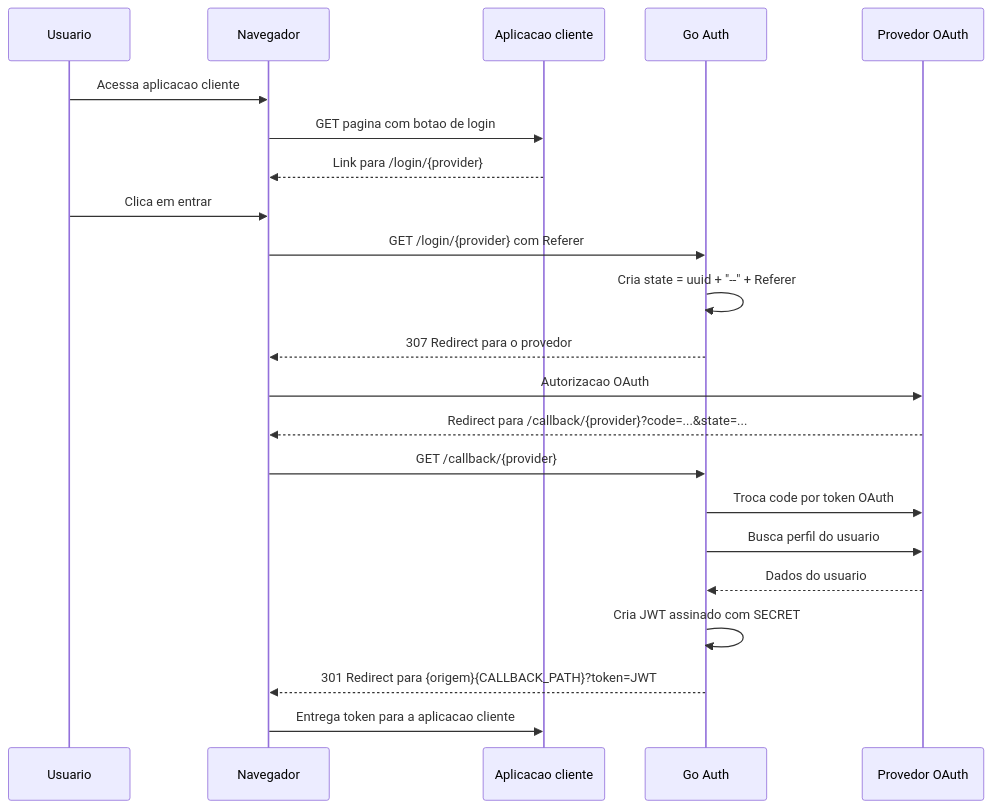
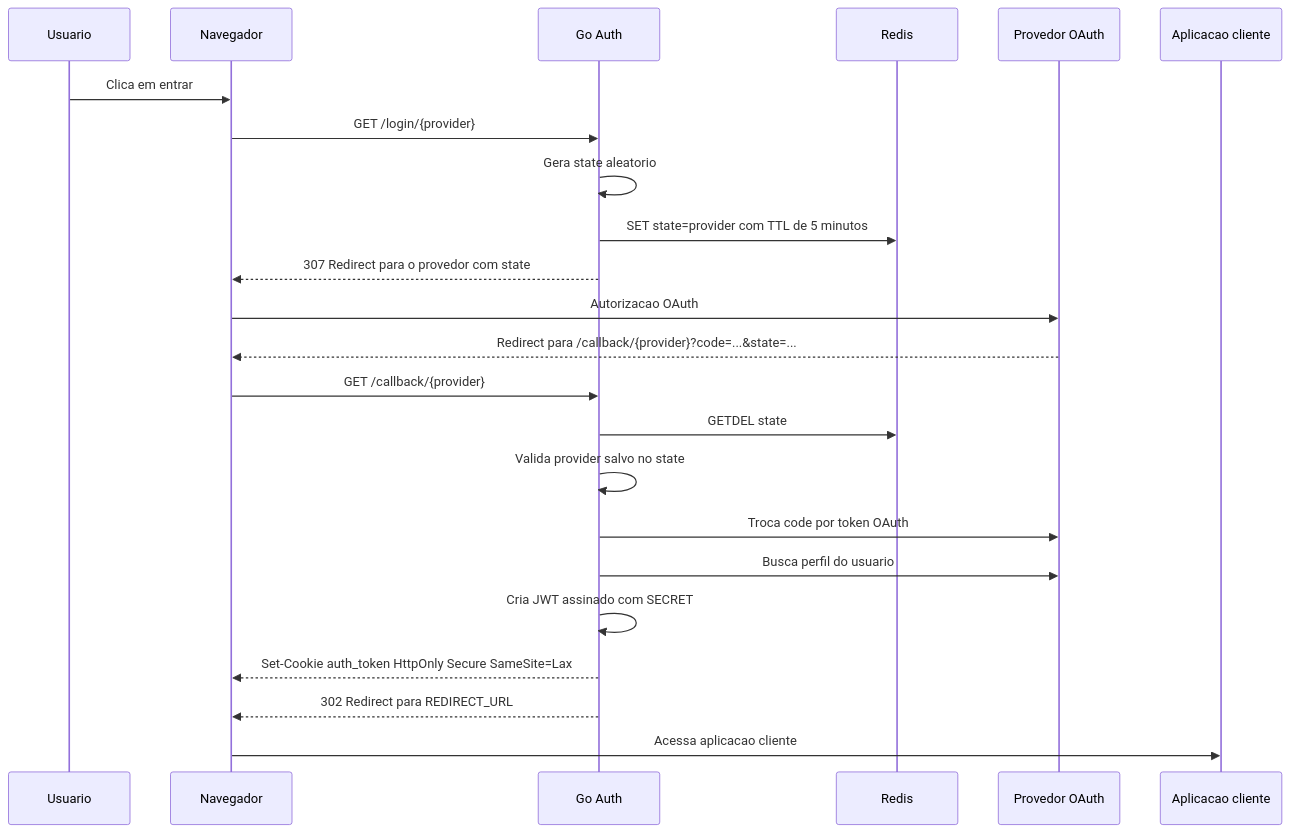
Before and after one commit to EduardoNGomes/go-auth: the diagram in README.md, drawn with Mermaid. The commit also changed other lines of this file, not shown here.

Commit message:
docs: update README with Redis state validation and improved setup instructions

````diff
--- a/README.md
+++ b/README.md
@@ -215,25 +127,26 @@
 ```mermaid
 sequenceDiagram
     participant U as Usuario
     participant B as Navegador
+    participant A as Go Auth
+    participant R as Redis
+    participant P as Provedor OAuth
     participant C as Aplicacao cliente
-    participant A as Go Auth
-    participant P as Provedor OAuth
 
-    U->>B: Acessa aplicacao cliente
-    B->>C: GET pagina com botao de login
-    C-->>B: Link para /login/{provider}
     U->>B: Clica em entrar
-    B->>A: GET /login/{provider} com Referer
-    A->>A: Cria state = uuid + "--" + Referer
-    A-->>B: 307 Redirect para o provedor
+    B->>A: GET /login/{provider}
+    A->>A: Gera state aleatorio
+    A->>R: SET state=provider com TTL de 5 minutos
+    A-->>B: 307 Redirect para o provedor com state
     B->>P: Autorizacao OAuth
     P-->>B: Redirect para /callback/{provider}?code=...&state=...
     B->>A: GET /callback/{provider}
+    A->>R: GETDEL state
+    A->>A: Valida provider salvo no state
     A->>P: Troca code por token OAuth
     A->>P: Busca perfil do usuario
-    P-->>A: Dados do usuario
     A->>A: Cria JWT assinado com SECRET
-    A-->>B: 301 Redirect para {origem}{CALLBACK_PATH}?token=JWT
-    B->>C: Entrega token para a aplicacao cliente
+    A-->>B: Set-Cookie auth_token HttpOnly Secure SameSite=Lax
+    A-->>B: 302 Redirect para REDIRECT_URL
+    B->>C: Acessa aplicacao cliente
 ```
````
